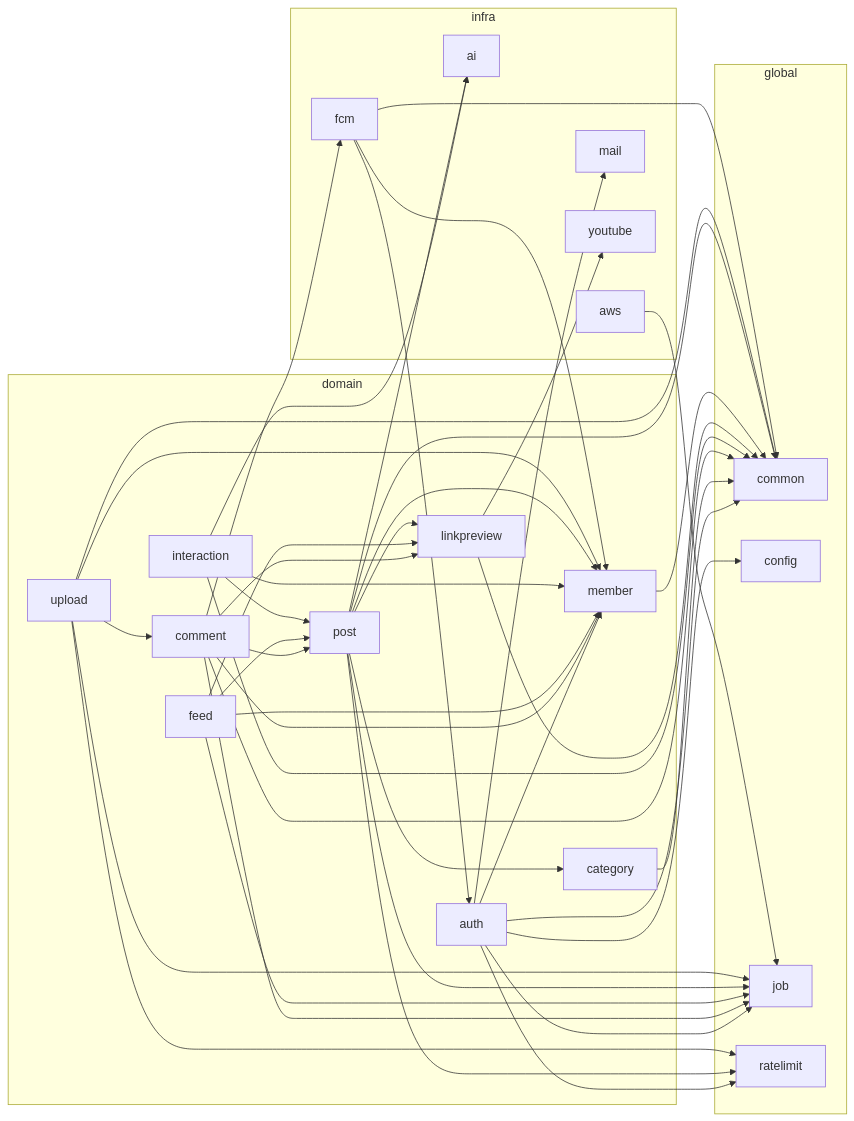
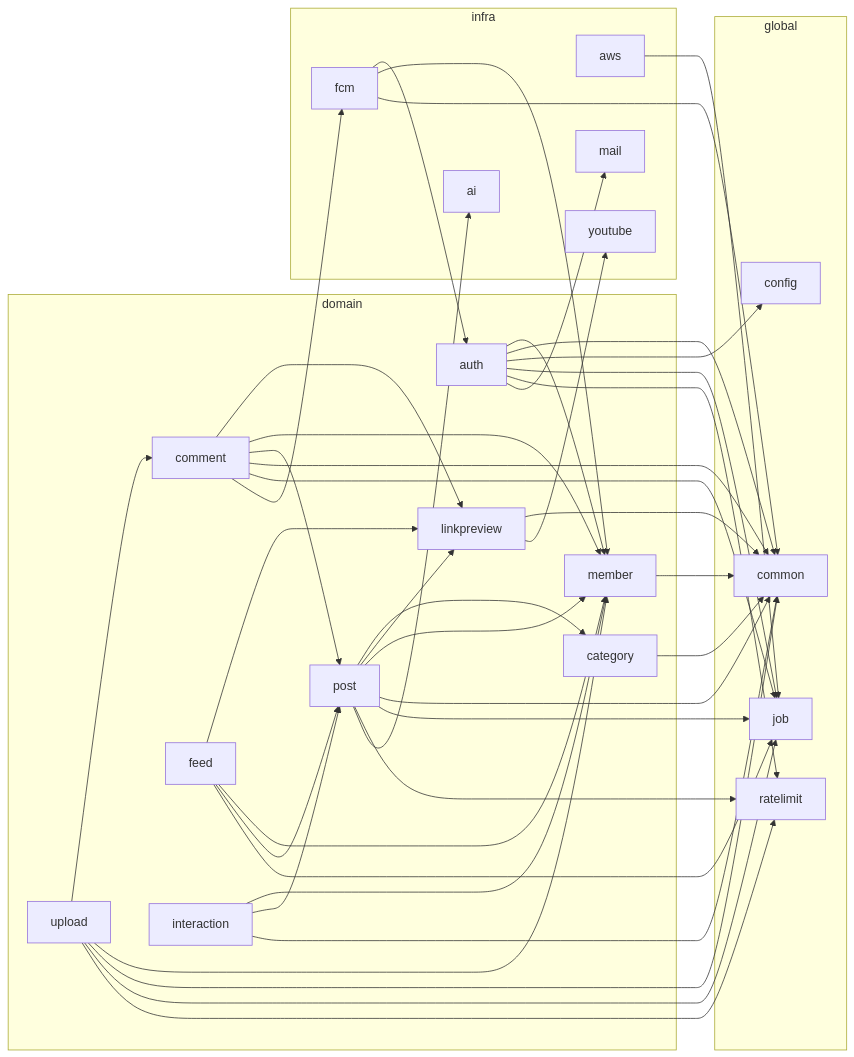
The second of 4 diagrams in docs/BE-ARCHITECTURE.md (BAECHAN/link-sphere_BE_NEW), drawn with Mermaid before and after one commit. The commit also changed other lines of this file and 32 other files, not shown here.

````diff
--- a/docs/BE-ARCHITECTURE.md
+++ b/docs/BE-ARCHITECTURE.md
@@ -91,67 +91,66 @@
 ```mermaid
 flowchart LR
   subgraph domain
     domain_auth["auth"]
     domain_category["category"]
     domain_comment["comment"]
     domain_feed["feed"]
     domain_interaction["interaction"]
     domain_linkpreview["linkpreview"]
     domain_member["member"]
     domain_post["post"]
     domain_upload["upload"]
   end
   subgraph global
     global_common["common"]
     global_config["config"]
     global_job["job"]
     global_ratelimit["ratelimit"]
   end
   subgraph infra
     infra_ai["ai"]
     infra_aws["aws"]
     infra_fcm["fcm"]
     infra_mail["mail"]
     infra_youtube["youtube"]
   end
   domain_auth --> domain_member
   domain_auth --> global_common
   domain_auth --> global_config
   domain_auth --> global_job
   domain_auth --> global_ratelimit
   domain_auth --> infra_mail
   domain_category --> global_common
   domain_comment --> domain_linkpreview
   domain_comment --> domain_member
   domain_comment --> domain_post
   domain_comment --> global_common
   domain_comment --> global_job
   domain_comment --> infra_fcm
   domain_feed --> domain_linkpreview
   domain_feed --> domain_member
   domain_feed --> domain_post
   domain_feed --> global_job
   domain_interaction --> domain_member
   domain_interaction --> domain_post
   domain_interaction --> global_common
-  domain_interaction --> infra_ai
   domain_linkpreview --> global_common
   domain_linkpreview --> infra_youtube
   domain_member --> global_common
   domain_post --> domain_category
   domain_post --> domain_linkpreview
   domain_post --> domain_member
   domain_post --> global_common
   domain_post --> global_job
   domain_post --> global_ratelimit
   domain_post --> infra_ai
   domain_upload --> domain_comment
   domain_upload --> domain_member
   domain_upload --> global_common
   domain_upload --> global_job
   domain_upload --> global_ratelimit
   infra_aws --> global_job
   infra_fcm --> domain_auth
   infra_fcm --> domain_member
   infra_fcm --> global_common
 ```
````
